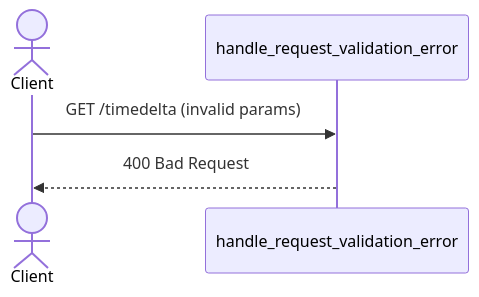
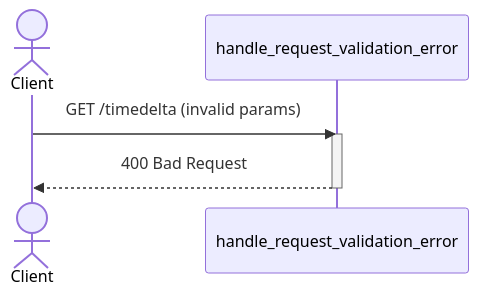
The second of 2 diagrams in README.md (Software-Sluggers/CS361-Timedelta-Service), drawn with Mermaid before and after one commit. The commit also changed other lines of this file, not shown here.

Commit message:
Added activation/deactivation to sequence diagrams

````diff
--- a/README.md
+++ b/README.md
@@ -112,8 +120,10 @@
 ```mermaid
 sequenceDiagram
     actor Client
     participant handle_request_validation_error
 
     Client->>handle_request_validation_error: GET /timedelta (invalid params)
+    activate handle_request_validation_error
     handle_request_validation_error-->>Client: 400 Bad Request
+    deactivate handle_request_validation_error
 ```
````
